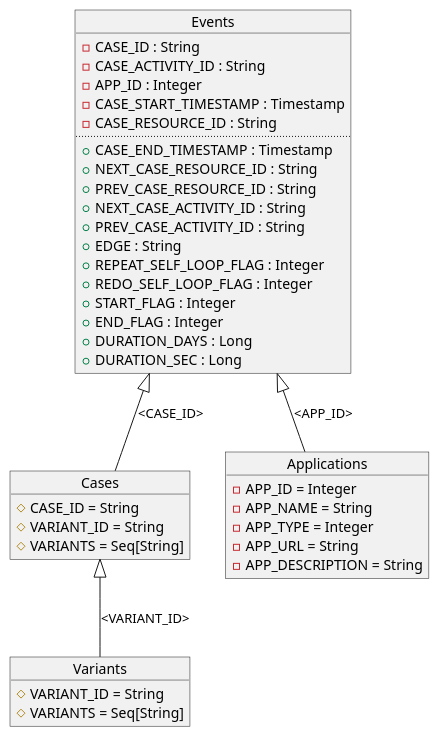
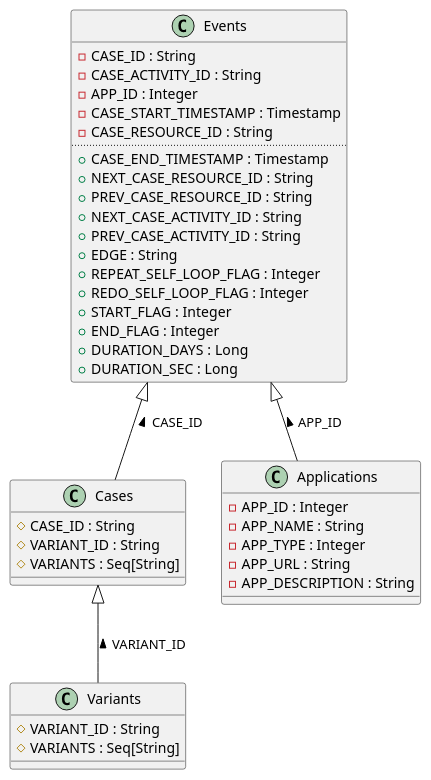
One commit to fcenedes/flows changed the diagram in flow.md. Above: the diagram before and after it, drawn with PlantUML.

```diff
--- a/flow.md
+++ b/flow.md
@@ -20,48 +20,48 @@
 @startuml
 
-object Events {
+class Events {
    -CASE_ID : String
    -CASE_ACTIVITY_ID : String
    -APP_ID : Integer
    -CASE_START_TIMESTAMP : Timestamp
    -CASE_RESOURCE_ID : String
    ..
    +CASE_END_TIMESTAMP : Timestamp
    +NEXT_CASE_RESOURCE_ID : String
    +PREV_CASE_RESOURCE_ID : String
    +NEXT_CASE_ACTIVITY_ID : String
    +PREV_CASE_ACTIVITY_ID : String
    +EDGE : String
    +REPEAT_SELF_LOOP_FLAG : Integer
    +REDO_SELF_LOOP_FLAG : Integer
    +START_FLAG : Integer
    +END_FLAG : Integer
    +DURATION_DAYS : Long
    +DURATION_SEC : Long  
 }
 
-object Cases {
-  #CASE_ID = String
-  #VARIANT_ID = String
-  #VARIANTS = Seq[String]
+class Cases {
+  #CASE_ID : String
+  #VARIANT_ID : String
+  #VARIANTS : Seq[String]
 }
 
-object Variants {
-   #VARIANT_ID = String
-   #VARIANTS = Seq[String]
+class Variants {
+   #VARIANT_ID : String
+   #VARIANTS : Seq[String]
 }
 
-object Applications {
-   -APP_ID = Integer
-   -APP_NAME = String
-   -APP_TYPE = Integer
-   -APP_URL = String
-   -APP_DESCRIPTION = String
+class Applications {
+   -APP_ID : Integer
+   -APP_NAME : String
+   -APP_TYPE : Integer
+   -APP_URL : String
+   -APP_DESCRIPTION : String
 }
 
 
-Events <|-- Cases : <CASE_ID>
-Cases <|-- Variants : <VARIANT_ID>
-Events <|-- Applications : <APP_ID>
+Events <|-- Cases : < CASE_ID
+Cases <|-- Variants : < VARIANT_ID
+Events <|-- Applications : < APP_ID
 
 @enduml
```
